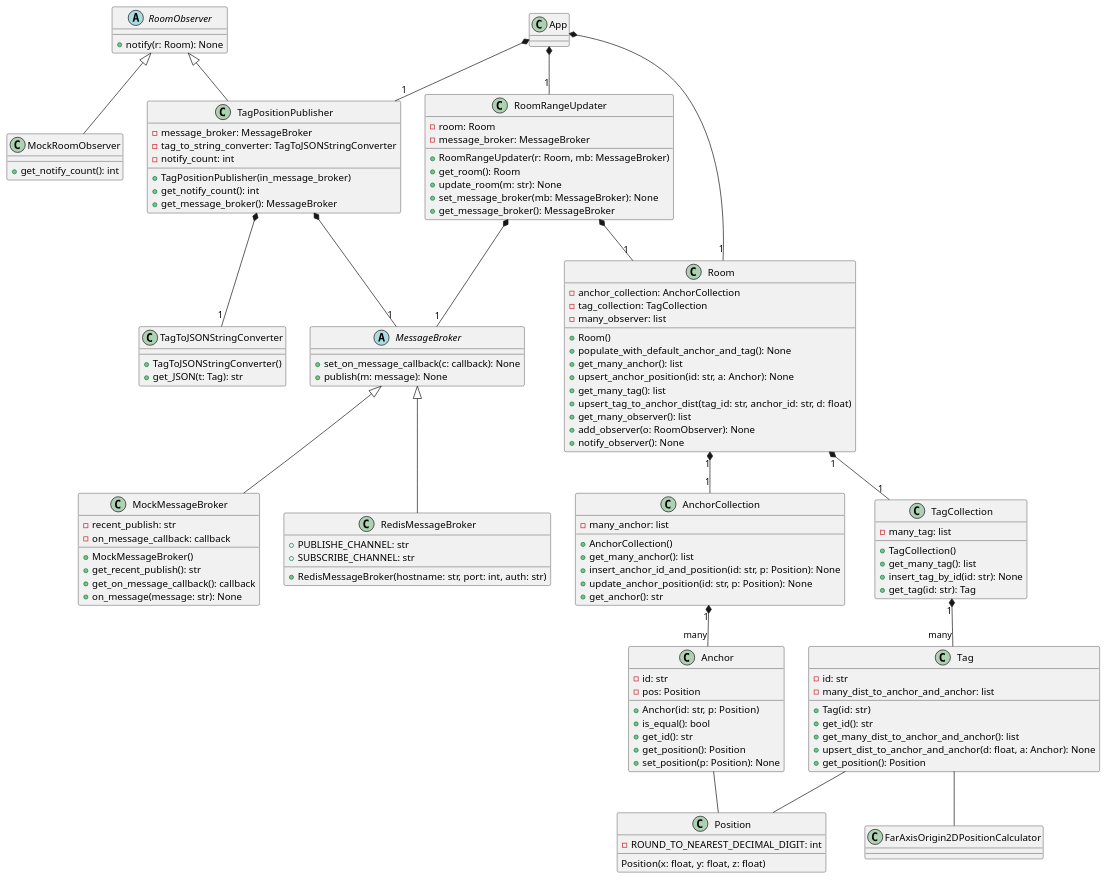
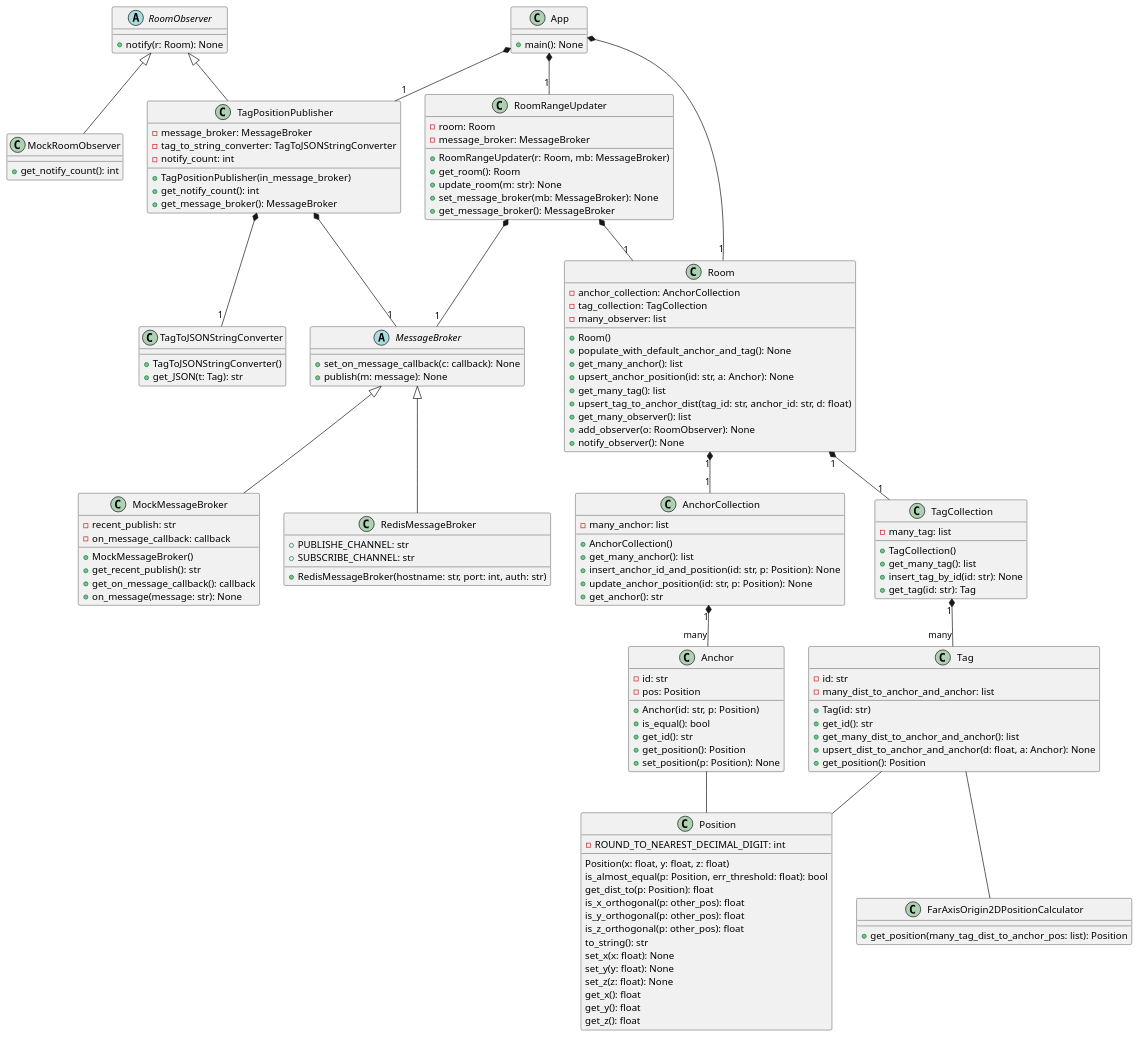
One commit to Chatchai222/sensor_positioner changed the diagram in src/trilateration.plantuml. Above: the diagram before and after it, drawn with PlantUML.

Commit message:
Update plantuml with trilatera_algorithm.py

```diff
--- a/src/trilateration.plantuml
+++ b/src/trilateration.plantuml
@@ -1,155 +1,171 @@
 @startuml
 
 class Anchor {
     - id: str 
     - pos: Position
     
     + Anchor(id: str, p: Position)
     + is_equal(): bool 
     + get_id(): str 
     + get_position(): Position 
     + set_position(p: Position): None
 }
 class Tag {
     - id: str
     - many_dist_to_anchor_and_anchor: list
     
     + Tag(id: str)
     + get_id(): str
     + get_many_dist_to_anchor_and_anchor(): list
     + upsert_dist_to_anchor_and_anchor(d: float, a: Anchor): None
     + get_position(): Position
 }
 
 class AnchorCollection {
     - many_anchor: list
 
     + AnchorCollection()
     + get_many_anchor(): list
     + insert_anchor_id_and_position(id: str, p: Position): None
     + update_anchor_position(id: str, p: Position): None
     + get_anchor(): str
 }
 class TagCollection {
     - many_tag: list
 
     + TagCollection()
     + get_many_tag(): list
     + insert_tag_by_id(id: str): None
     + get_tag(id: str): Tag
 }
 
 class Room {
     - anchor_collection: AnchorCollection
     - tag_collection: TagCollection
     - many_observer: list
 
     + Room()
     + populate_with_default_anchor_and_tag(): None
     + get_many_anchor(): list
     + upsert_anchor_position(id: str, a: Anchor): None
     + get_many_tag(): list
     + upsert_tag_to_anchor_dist(tag_id: str, anchor_id: str, d: float)
     + get_many_observer(): list
     + add_observer(o: RoomObserver): None
     + notify_observer(): None
 }
 class TagToJSONStringConverter {
     + TagToJSONStringConverter()
     + get_JSON(t: Tag): str
 }
 
 abstract class MessageBroker{
     + set_on_message_callback(c: callback): None
     + publish(m: message): None
 }
 class MockMessageBroker {
     - recent_publish: str
     - on_message_callback: callback
 
     + MockMessageBroker()
     + get_recent_publish(): str
     + get_on_message_callback(): callback
     + on_message(message: str): None
 }
 class RedisMessageBroker {
     + PUBLISHE_CHANNEL: str
     + SUBSCRIBE_CHANNEL: str
     
     + RedisMessageBroker(hostname: str, port: int, auth: str)
 }
 
 abstract class RoomObserver {
     + notify(r: Room): None
 }
 class TagPositionPublisher {
     - message_broker: MessageBroker
     - tag_to_string_converter: TagToJSONStringConverter
     - notify_count: int
 
     + TagPositionPublisher(in_message_broker)
     + get_notify_count(): int
     + get_message_broker(): MessageBroker
 }
 class MockRoomObserver {
     + get_notify_count(): int
 }
 
 class RoomRangeUpdater {
     - room: Room
     - message_broker: MessageBroker
     
     + RoomRangeUpdater(r: Room, mb: MessageBroker)
     + get_room(): Room
     + update_room(m: str): None
     + set_message_broker(mb: MessageBroker): None
     + get_message_broker(): MessageBroker
 }
 
 
 class Position {
     - ROUND_TO_NEAREST_DECIMAL_DIGIT: int
 
     Position(x: float, y: float, z: float)
+    is_almost_equal(p: Position, err_threshold: float): bool
+    get_dist_to(p: Position): float
+    is_x_orthogonal(p: other_pos): float
+    is_y_orthogonal(p: other_pos): float
+    is_z_orthogonal(p: other_pos): float
+    to_string(): str
+    set_x(x: float): None
+    set_y(y: float): None
+    set_z(z: float): None
+    get_x(): float
+    get_y(): float
+    get_z(): float
 }
-class FarAxisOrigin2DPositionCalculator
+class FarAxisOrigin2DPositionCalculator {
+    + get_position(many_tag_dist_to_anchor_pos: list): Position
+}
 
 
-class App
+class App {
+    + main(): None
+}
 
 
 Tag -- FarAxisOrigin2DPositionCalculator
 Tag -- Position
 
 Anchor -- Position
 
 AnchorCollection "1" *-- "many" Anchor
 TagCollection "1" *-- "many" Tag
 
 Room "1" *-- "1" AnchorCollection
 Room "1" *-- "1" TagCollection
 
 MessageBroker <|-- MockMessageBroker
 MessageBroker <|-- RedisMessageBroker
 
 RoomObserver <|-- TagPositionPublisher
 RoomObserver <|-- MockRoomObserver
 
 TagPositionPublisher *-- "1" MessageBroker
 TagPositionPublisher *-- "1" TagToJSONStringConverter
 
 RoomRangeUpdater *-- "1" MessageBroker
 RoomRangeUpdater *-- "1" Room
 
 App *-- "1" RoomRangeUpdater
 App *-- "1" Room
 App *-- "1" TagPositionPublisher
 
 
 
 
 
 
 
 
 @enduml
```
